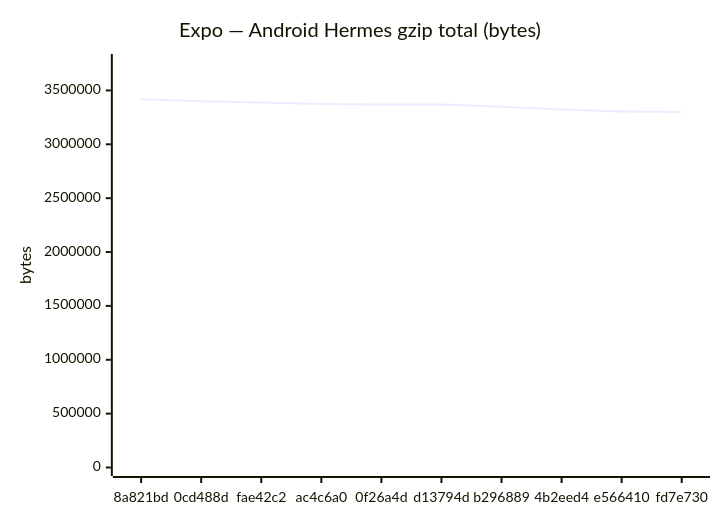
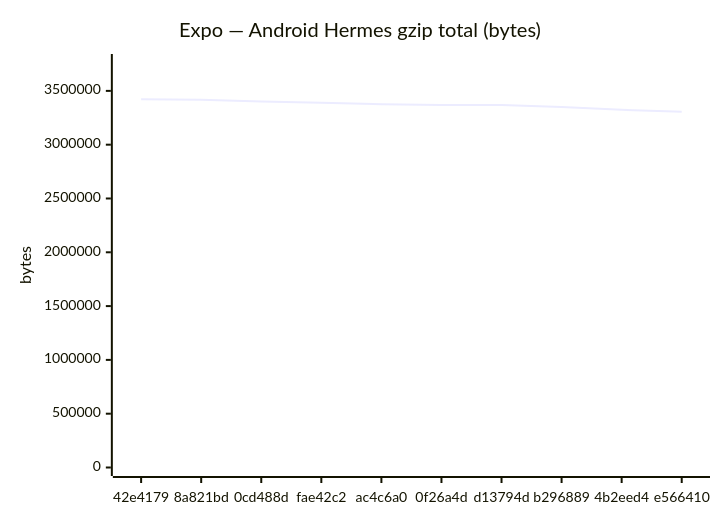
The fifth of 18 diagrams in benchmarks/compare.md (Metaheurist/Rianell), drawn with Mermaid before and after one commit. The commit also changed other lines of this file and 11 other files, not shown here.

````diff
--- a/benchmarks/compare.md
+++ b/benchmarks/compare.md
@@ -89,7 +89,7 @@
 ```mermaid
 xychart-beta
     title "Expo — Android Hermes gzip total (bytes)"
-    x-axis ["8a821bd", "0cd488d", "fae42c2", "ac4c6a0", "0f26a4d", "d13794d", "b296889", "4b2eed4", "e566410", "fd7e730"]
-    y-axis "bytes" 0 --> 3759385
-    line [3417622, 3400545, 3388765, 3375300, 3368860, 3368861, 3349208, 3324082, 3305549, 3300038]
+    x-axis ["42e4179", "8a821bd", "0cd488d", "fae42c2", "ac4c6a0", "0f26a4d", "d13794d", "b296889", "4b2eed4", "e566410"]
+    y-axis "bytes" 0 --> 3763726
+    line [3421569, 3417622, 3400545, 3388765, 3375300, 3368860, 3368861, 3349208, 3324082, 3305549]
 ```
````
